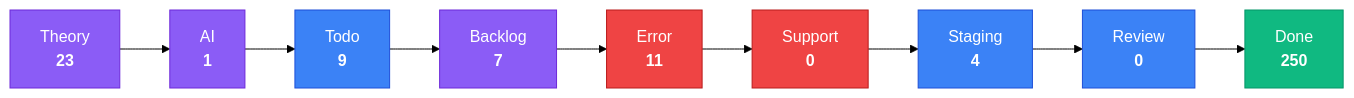
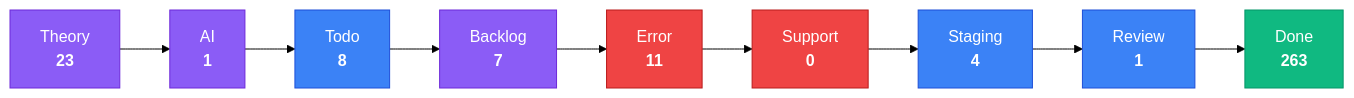
One commit to KBVE/kbve changed the third of 4 diagrams in apps/kbve/astro-kbve/src/content/docs/dashboard/kanban-data.mdx. Above: the diagram before and after it, drawn with Mermaid (forest theme). The commit also changed other lines of this file and 8 other files, not shown here.

````diff
--- a/apps/kbve/astro-kbve/src/content/docs/dashboard/kanban-data.mdx
+++ b/apps/kbve/astro-kbve/src/content/docs/dashboard/kanban-data.mdx
@@ -79,28 +80,28 @@
 ```mermaid
 flowchart LR
     classDef planning fill:#8b5cf6,stroke:#6d28d9,color:#fff
     classDef active fill:#3b82f6,stroke:#1d4ed8,color:#fff
     classDef blocked fill:#ef4444,stroke:#b91c1c,color:#fff
     classDef done fill:#10b981,stroke:#059669,color:#fff
     Theory["Theory<br/><strong>23</strong>"]
     Theory --> AI
     AI["AI<br/><strong>1</strong>"]
     AI --> Todo
-    Todo["Todo<br/><strong>9</strong>"]
+    Todo["Todo<br/><strong>8</strong>"]
     Todo --> Backlog
     Backlog["Backlog<br/><strong>7</strong>"]
     Backlog --> Error
     Error["Error<br/><strong>11</strong>"]
     Error --> Support
     Support["Support<br/><strong>0</strong>"]
     Support --> Staging
     Staging["Staging<br/><strong>4</strong>"]
     Staging --> Review
-    Review["Review<br/><strong>0</strong>"]
+    Review["Review<br/><strong>1</strong>"]
     Review --> Done
-    Done["Done<br/><strong>250</strong>"]
+    Done["Done<br/><strong>263</strong>"]
     class Theory,AI,Backlog planning
     class Todo,Staging,Review active
     class Error,Support blocked
     class Done done
 ```
````
